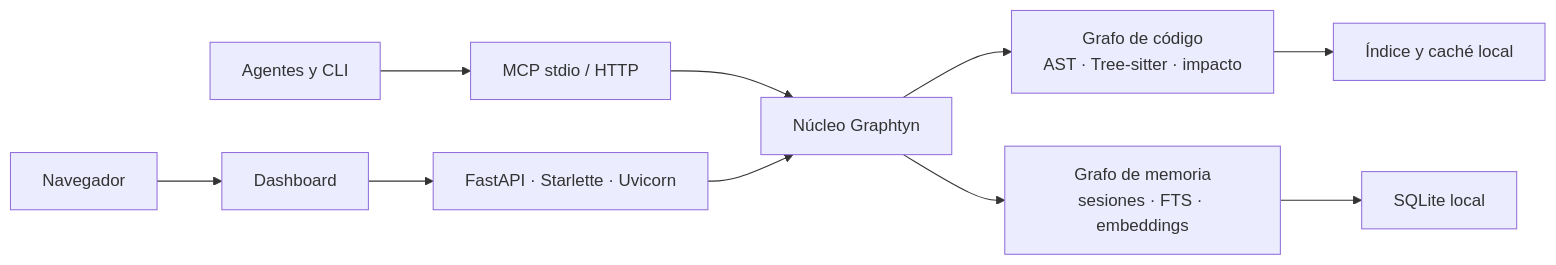
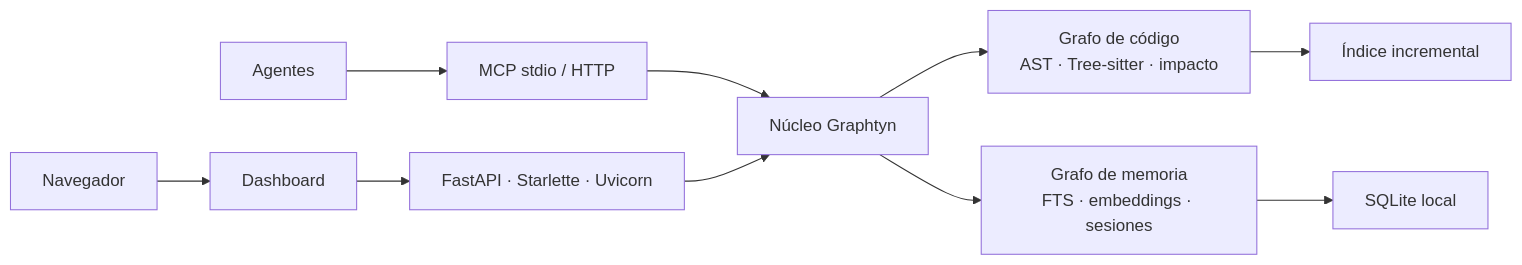
One commit to CaleroAM/graphtyn changed the diagram in README.md. Above: the diagram before and after it, drawn with Mermaid. The commit also changed other lines of this file and 12 other files, not shown here.

````diff
--- a/README.md
+++ b/README.md
@@ -25,11 +40,11 @@
 ```mermaid
 flowchart LR
-  AGENTS[Agentes y CLI] --> MCP[MCP stdio / HTTP]
+  AGENT[Agentes] --> MCP[MCP stdio / HTTP]
   USER[Navegador] --> WEB[Dashboard] --> API[FastAPI · Starlette · Uvicorn]
   MCP --> CORE[Núcleo Graphtyn]
   API --> CORE
   CORE --> CODE[Grafo de código<br/>AST · Tree-sitter · impacto]
-  CORE --> MEMORY[Grafo de memoria<br/>sesiones · FTS · embeddings]
-  CODE --> STATE[Índice y caché local]
+  CORE --> MEMORY[Grafo de memoria<br/>FTS · embeddings · sesiones]
+  CODE --> CACHE[Índice incremental]
   MEMORY --> DB[SQLite local]
 ```
````
